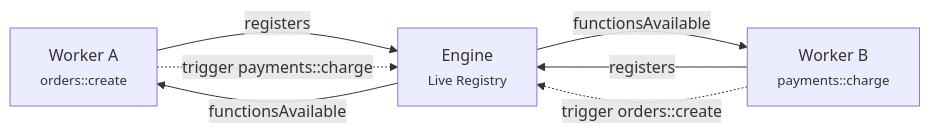
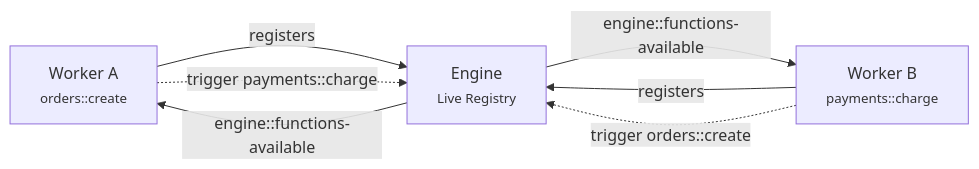
Before and after one commit to iii-hq/iii: the diagram in docs/primitives-and-concepts/discovery.mdx, drawn with Mermaid. The commit also changed other lines of this file and 12 other files, not shown here.

````diff
--- a/docs/primitives-and-concepts/discovery.mdx
+++ b/docs/primitives-and-concepts/discovery.mdx
@@ -15,9 +17,9 @@
 ```mermaid
 graph LR
     WA["Worker A<br/><small>orders::create</small>"] -->|registers| E["Engine<br/><small>Live Registry</small>"]
     WB["Worker B<br/><small>payments::charge</small>"] -->|registers| E
-    E -->|"functionsAvailable"| WA
-    E -->|"functionsAvailable"| WB
+    E -->|"engine::functions-available"| WA
+    E -->|"engine::functions-available"| WB
     WA -.->|"trigger payments::charge"| E
     WB -.->|"trigger orders::create"| E
 ```
````
